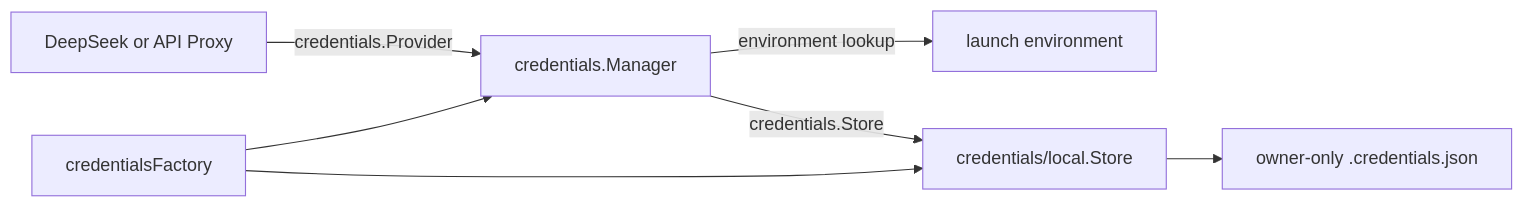
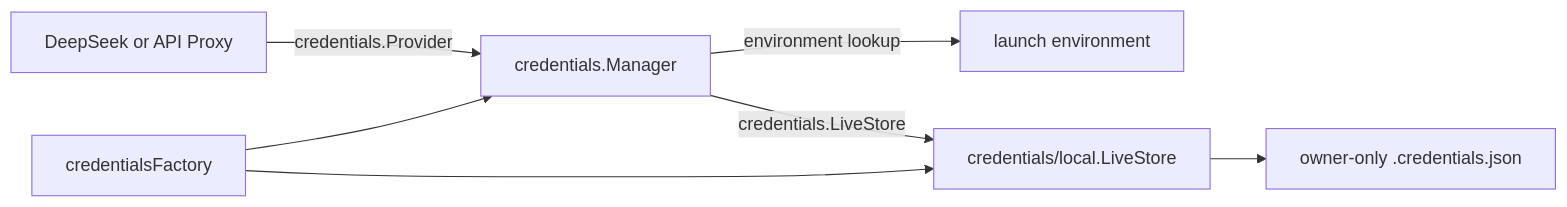
The diagram in credentials/README.zh-CN.md (gorenx/goren), drawn with Mermaid before and after one commit. The commit also changed other lines of this file and 27 other files, not shown here.

````diff
--- a/credentials/README.zh-CN.md
+++ b/credentials/README.zh-CN.md
@@ -17,9 +17,9 @@
 ```mermaid
 flowchart LR
     Consumer[DeepSeek or API Proxy] -->|credentials.Provider| Manager[credentials.Manager]
     Manager -->|environment lookup| Env[launch environment]
-    Manager -->|credentials.Store| Store[credentials/local.Store]
-    Store --> File[owner-only .credentials.json]
+    Manager -->|credentials.LiveStore| LiveStore[credentials/local.LiveStore]
+    LiveStore --> File[owner-only .credentials.json]
     Factory[credentialsFactory] --> Manager
-    Factory --> Store
+    Factory --> LiveStore
 ```
````
